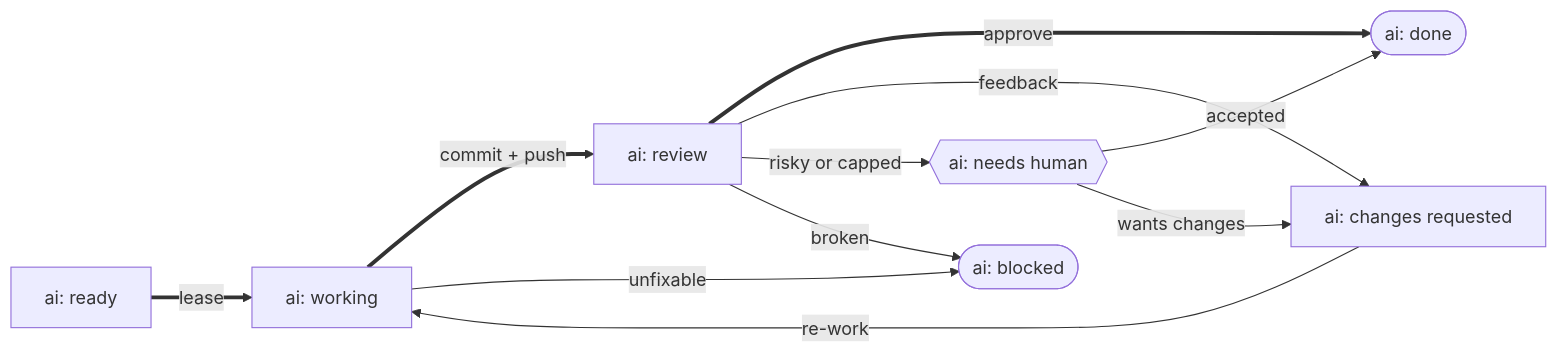
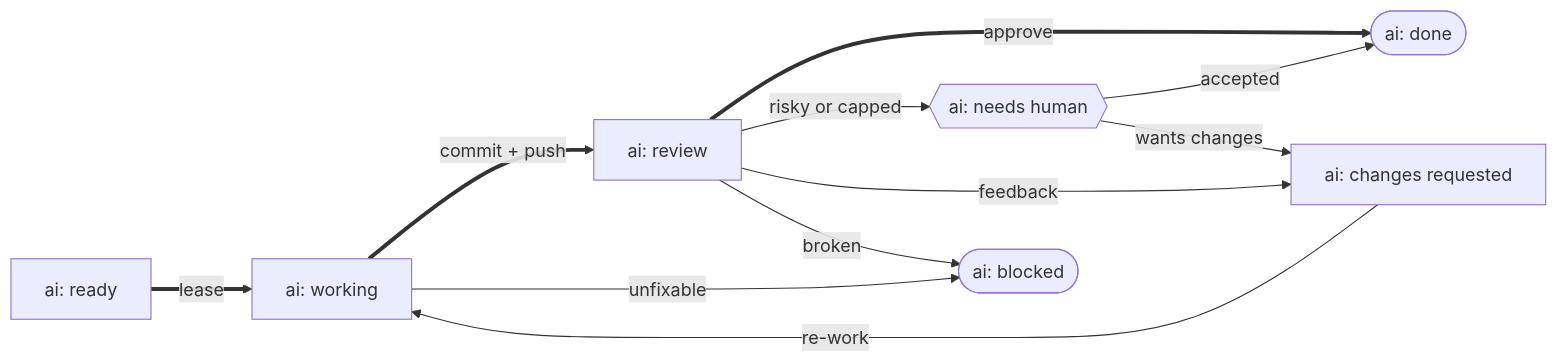
Before and after one commit to TitusKirch/skills: the diagram in docs/3.concepts/2.ai-work-lifecycle.md, drawn with Mermaid. The commit also changed 2 other files, not shown here.

Commit message:
docs: order diagram nodes so no edges cross
Both remaining tangles were the same shape: two sources each pointing at two targets, which
forces one crossing in a layered layout and drops the two edge labels on top of each other.
It is fixed by ordering, not redrawing — a node with two outgoing edges has to sit between
the other sources, so every edge converges instead of crossing. Same rule puts needs-human
next to its two targets rather than jumping over changes-requested.

The trigger graph also lost its "never autonomously" edge. Drawing an arrow for an
invocation that never happens was both the second crossing and a contradiction: the absence
of the arrow is the statement, and the prose above already made it.

````diff
--- a/docs/3.concepts/2.ai-work-lifecycle.md
+++ b/docs/3.concepts/2.ai-work-lifecycle.md
@@ -21,16 +21,16 @@
 ```mermaid
 flowchart LR
   ready["ai: ready"] ==>|"lease"| working["ai: working"]
   working ==>|"commit + push"| review["ai: review"]
   review ==>|"approve"| done(["ai: done"])
 
-  review -->|"feedback"| changes["ai: changes requested"]
-  changes -->|"re-work"| working
-
   review -->|"risky or capped"| human{{"ai: needs human"}}
   human -->|"accepted"| done
-  human -->|"wants changes"| changes
+  human -->|"wants changes"| changes["ai: changes requested"]
+
+  review -->|"feedback"| changes
+  changes -->|"re-work"| working
 
   working -->|"unfixable"| blocked(["ai: blocked"])
   review -->|"broken"| blocked
 ```
````
